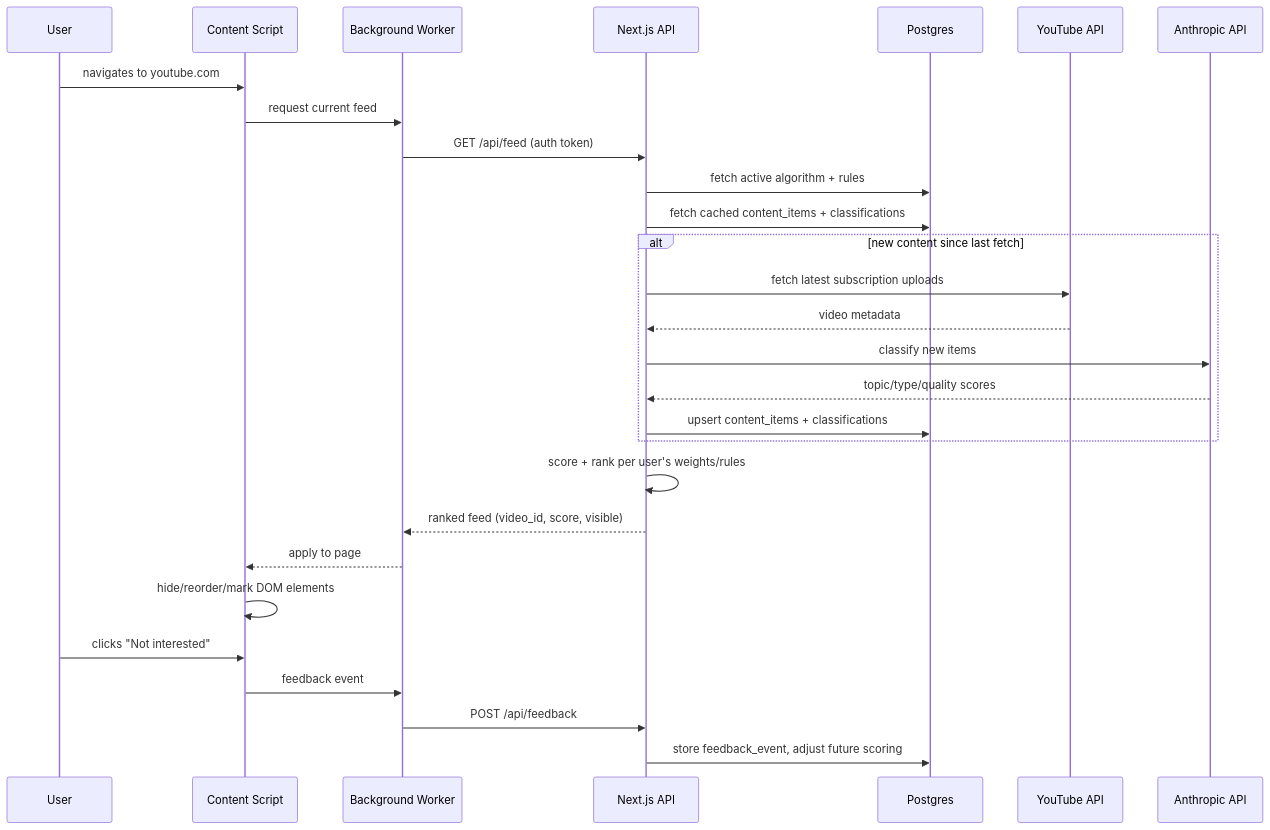
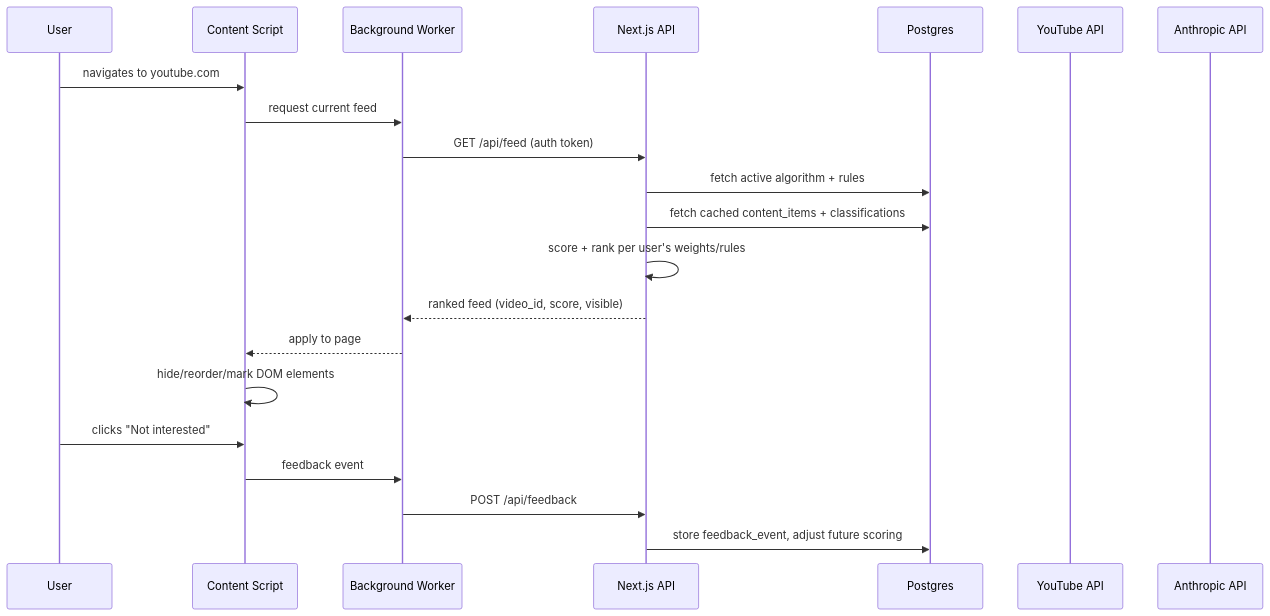
Before and after one commit to AsimovNo9/MyAlgo: the second of 4 diagrams in ARCHITECTURE.md, drawn with Mermaid. The commit also changed other lines of this file and 3 other files, not shown here.

Commit message:
docs: steer roadmap toward candidate generation

````diff
--- a/ARCHITECTURE.md
+++ b/ARCHITECTURE.md
@@ -192,31 +193,24 @@
 ```mermaid
 sequenceDiagram
     participant U as User
     participant CS as Content Script
     participant BG as Background Worker
     participant API as Next.js API
     participant DB as Postgres
     participant YT as YouTube API
     participant AI as Anthropic API
 
     U->>CS: navigates to youtube.com
     CS->>BG: request current feed
     BG->>API: GET /api/feed (auth token)
     API->>DB: fetch active algorithm + rules
     API->>DB: fetch cached content_items + classifications
-    alt new content since last fetch
-        API->>YT: fetch latest subscription uploads
-        YT-->>API: video metadata
-        API->>AI: classify new items
-        AI-->>API: topic/type/quality scores
-        API->>DB: upsert content_items + classifications
-    end
     API->>API: score + rank per user's weights/rules
     API-->>BG: ranked feed (video_id, score, visible)
     BG-->>CS: apply to page
     CS->>CS: hide/reorder/mark DOM elements
     U->>CS: clicks "Not interested"
     CS->>BG: feedback event
     BG->>API: POST /api/feedback
     API->>DB: store feedback_event, adjust future scoring
 ```
````
